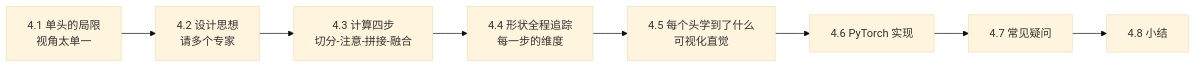
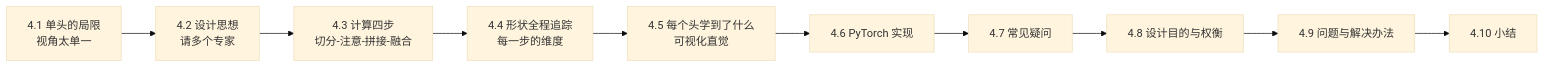
The first of 11 diagrams in transformer-学习资料/第04章-多头注意力.md (zerioo1970/summary), drawn with Mermaid (base theme) before and after one commit. The commit also changed other lines of this file and 4 other files, not shown here.

Commit message:
深度扩充第3-7章:每章新增'设计目的与权衡'和'问题与解决办法'两大节

````diff
--- a/transformer-学习资料/第04章-多头注意力.md
+++ b/transformer-学习资料/第04章-多头注意力.md
@@ -11,10 +11,12 @@
 ```mermaid
 flowchart LR
     A["4.1 单头的局限<br/>视角太单一"] --> B["4.2 设计思想<br/>请多个专家"]
     B --> C["4.3 计算四步<br/>切分-注意-拼接-融合"]
     C --> D["4.4 形状全程追踪<br/>每一步的维度"]
     D --> E["4.5 每个头学到了什么<br/>可视化直觉"]
     E --> F["4.6 PyTorch 实现"]
     F --> G["4.7 常见疑问"]
-    G --> H["4.8 小结"]
+    G --> H["4.8 设计目的与权衡"]
+    H --> I["4.9 问题与解决办法"]
+    I --> J["4.10 小结"]
 ```
````
